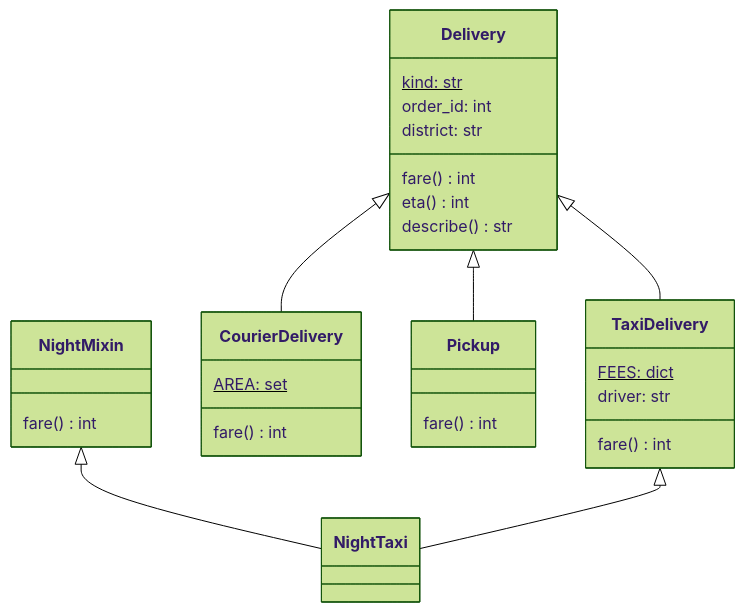
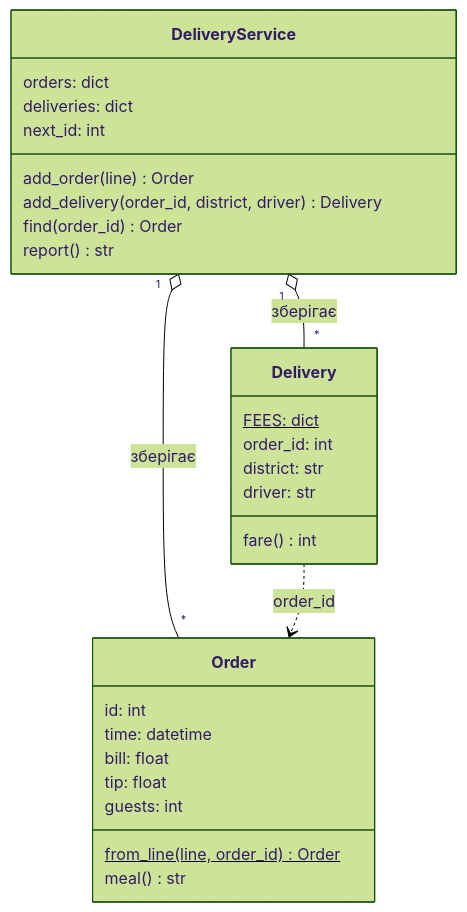
Before and after one commit to AlinaRadchenko/PY-Course-Victor-Nikoriak-22-09-2026: the fourth of 5 diagrams in docs/modules/m2/lesson_20.md, drawn with Mermaid (forest theme). The commit also changed other lines of this file and 1846 other files, not shown here.

````diff
--- a/docs/modules/m2/lesson_20.md
+++ b/docs/modules/m2/lesson_20.md
@@ -331,31 +444,31 @@
 ```mermaid
 classDiagram
+    class DeliveryService {
+        orders: dict
+        deliveries: dict
+        next_id: int
+        add_order(line) Order
+        add_delivery(order_id, district, driver) Delivery
+        find(order_id) Order
+        report() str
+    }
+    class Order {
+        id: int
+        time: datetime
+        bill: float
+        tip: float
+        guests: int
+        from_line(line, order_id)$ Order
+        meal() str
+    }
     class Delivery {
-        kind: str$
+        FEES: dict$
         order_id: int
         district: str
-        fare() int
-        eta() int
-        describe() str
-    }
-    class TaxiDelivery {
-        FEES: dict$
         driver: str
         fare() int
     }
-    class CourierDelivery {
-        AREA: set$
-        fare() int
-    }
-    class Pickup {
-        fare() int
-    }
-    class NightMixin {
-        fare() int
-    }
-    Delivery <|-- TaxiDelivery
-    Delivery <|-- CourierDelivery
-    Delivery <|-- Pickup
-    NightMixin <|-- NightTaxi
-    TaxiDelivery <|-- NightTaxi
+    DeliveryService "1" o-- "*" Order : зберігає
+    DeliveryService "1" o-- "*" Delivery : зберігає
+    Delivery ..> Order : order_id
 ```
````
